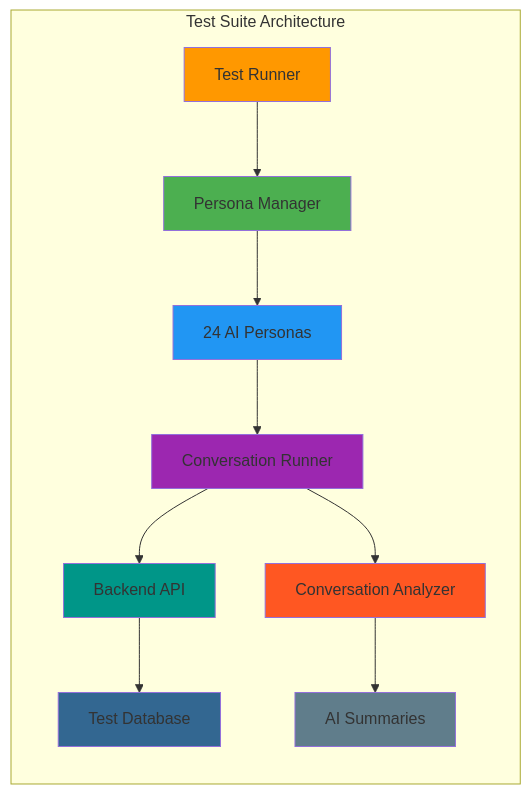
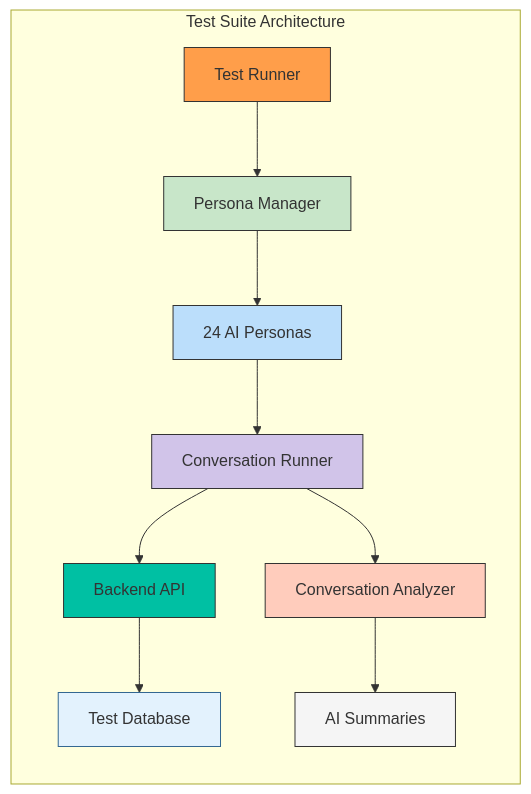
One commit to shahshlok/AnytimeFitnessAgent changed the third of 4 diagrams in README.md. Above: the diagram before and after it, drawn with Mermaid. The commit also changed other lines of this file, not shown here.

````diff
--- a/README.md
+++ b/README.md
@@ -267,21 +267,21 @@
 ```mermaid
 graph LR
     subgraph "Test Suite Architecture"
         A[Test Runner] --> B[Persona Manager]
         B --> C[24 AI Personas]
         C --> D[Conversation Runner]
         D --> E[Backend API]
         E --> F[Test Database]
         D --> G[Conversation Analyzer]
         G --> H[AI Summaries]
     end
     
-    style A fill:#FF9800
-    style B fill:#4CAF50
-    style C fill:#2196F3
-    style D fill:#9C27B0
-    style E fill:#009688
-    style F fill:#336791
-    style G fill:#FF5722
-    style H fill:#607D8B
+    style A fill:#FF9E4A,stroke:#333,stroke-width:1px
+    style B fill:#C8E6C9,stroke:#333,stroke-width:1px
+    style C fill:#BBDEFB,stroke:#333,stroke-width:1px
+    style D fill:#D1C4E9,stroke:#333,stroke-width:1px
+    style E fill:#00C0A3,stroke:#333,stroke-width:1px
+    style F fill:#E3F2FD,stroke:#336791,stroke-width:1px
+    style G fill:#FFCCBC,stroke:#333,stroke-width:1px
+    style H fill:#F5F5F5,stroke:#333,stroke-width:1px
 ```
````
